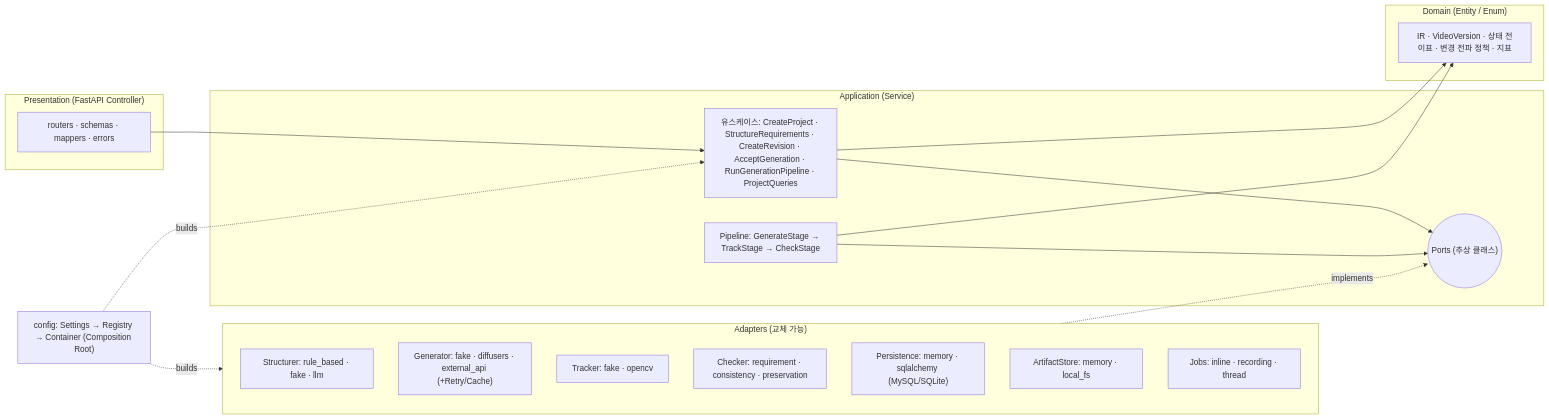
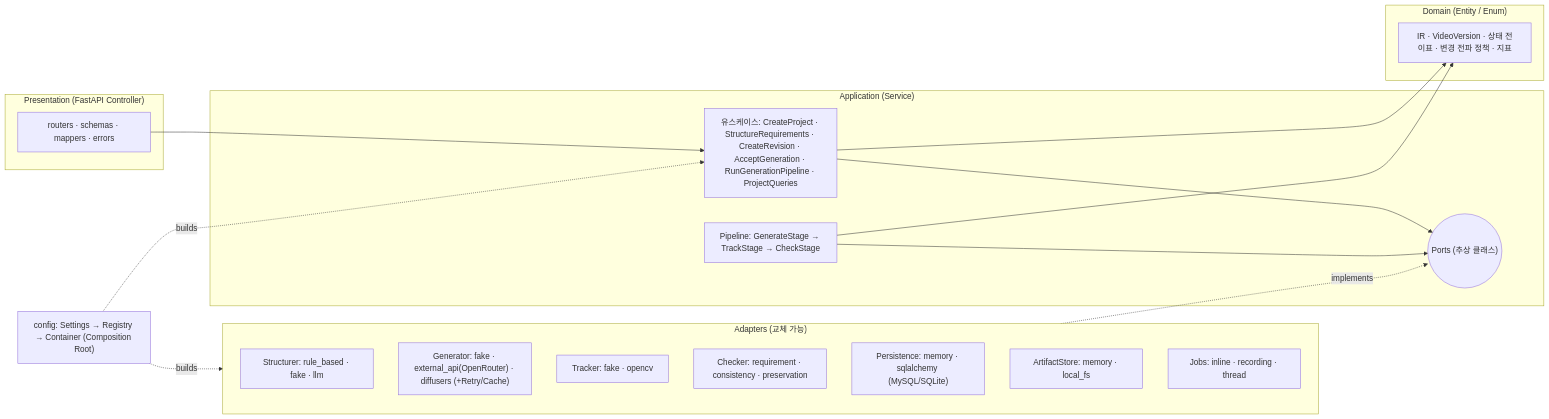
One commit to sw1029/project_videoManager changed the first of 3 diagrams in docs/ARCHITECTURE.md. Above: the diagram before and after it, drawn with Mermaid. The commit also changed other lines of this file and 3 other files, not shown here.

First line of the commit message:
docs: ADR-0011 OpenRouter 영상 생성·조립과 재과금 방지, 설정 문서

````diff
--- a/docs/ARCHITECTURE.md
+++ b/docs/ARCHITECTURE.md
@@ -46,32 +46,32 @@
 ```mermaid
 flowchart LR
   subgraph P["Presentation (FastAPI Controller)"]
     R["routers · schemas · mappers · errors"]
   end
   subgraph A["Application (Service)"]
     UC["유스케이스: CreateProject · StructureRequirements · CreateRevision · AcceptGeneration · RunGenerationPipeline · ProjectQueries"]
     PL["Pipeline: GenerateStage → TrackStage → CheckStage"]
     PORTS(("Ports (추상 클래스)"))
   end
   subgraph D["Domain (Entity / Enum)"]
     DM["IR · VideoVersion · 상태 전이표 · 변경 전파 정책 · 지표"]
   end
   subgraph AD["Adapters (교체 가능)"]
     ST["Structurer: rule_based · fake · llm"]
-    GE["Generator: fake · diffusers · external_api (+Retry/Cache)"]
+    GE["Generator: fake · external_api(OpenRouter) · diffusers (+Retry/Cache)"]
     TR["Tracker: fake · opencv"]
     CK["Checker: requirement · consistency · preservation"]
     PS["Persistence: memory · sqlalchemy (MySQL/SQLite)"]
     AS["ArtifactStore: memory · local_fs"]
     JB["Jobs: inline · recording · thread"]
   end
   CFG["config: Settings → Registry → Container (Composition Root)"]
   R --> UC
   UC --> PORTS
   PL --> PORTS
   UC --> DM
   PL --> DM
   AD -. implements .-> PORTS
   CFG -. builds .-> AD
   CFG -. builds .-> UC
 ```
````
